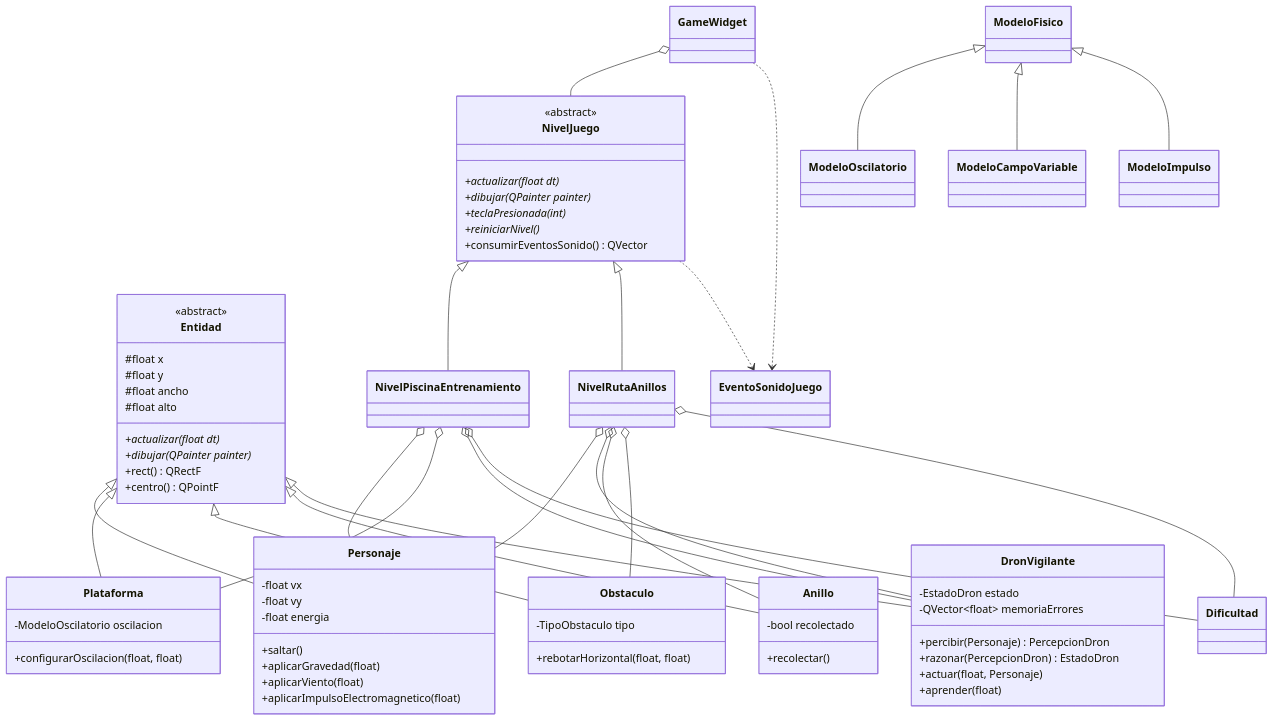
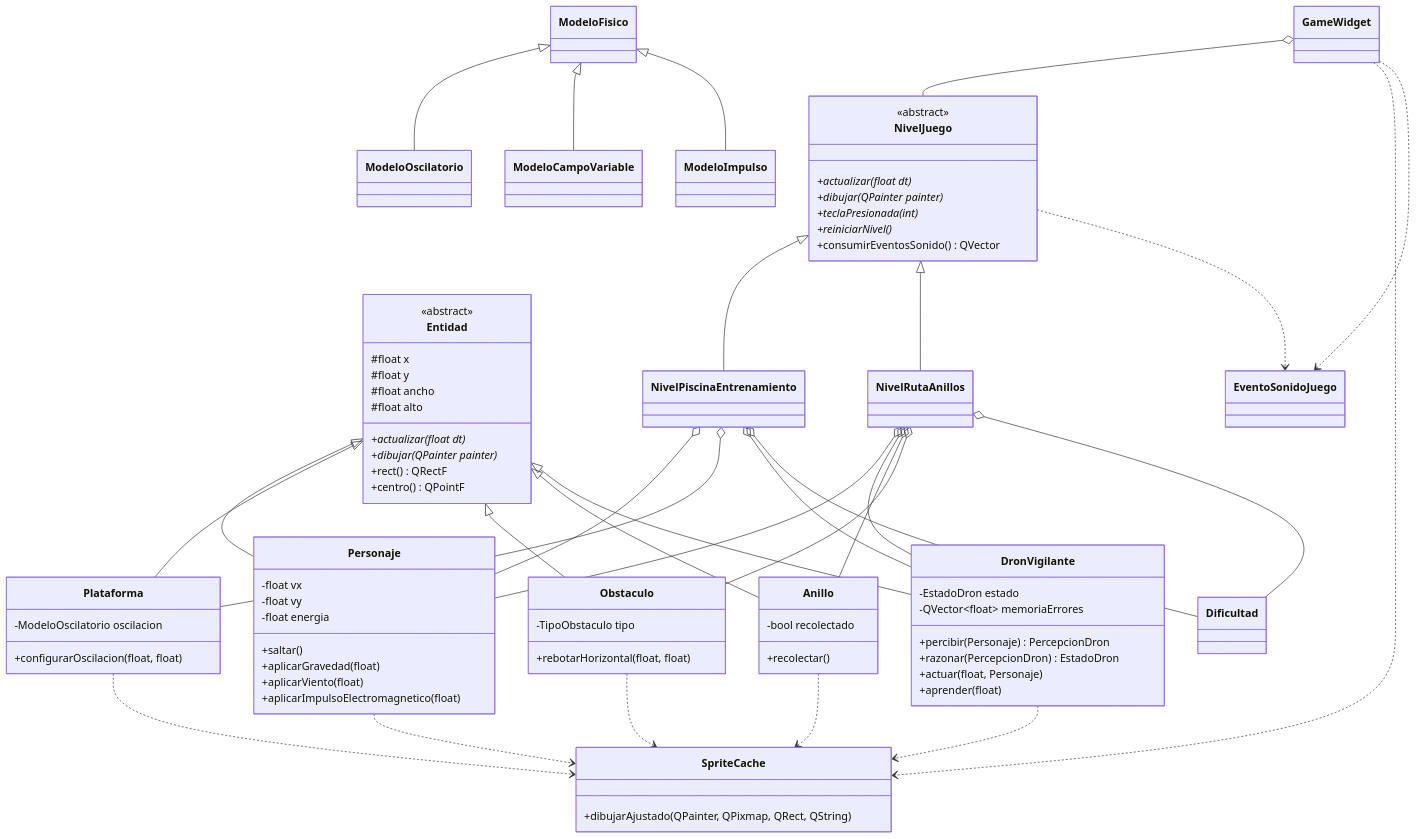
One commit to josemanuelposada-collab/Clavados-en-Ciudad-academia changed the diagram in archivos/DIAGRAMA_CLASES_RESUMEN.md. Above: the diagram before and after it, drawn with Mermaid. The commit also changed other lines of this file and 4 other files, not shown here.

````diff
--- a/archivos/DIAGRAMA_CLASES_RESUMEN.md
+++ b/archivos/DIAGRAMA_CLASES_RESUMEN.md
@@ -60,6 +60,9 @@
     class NivelPiscinaEntrenamiento
     class NivelRutaAnillos
     class GameWidget
+    class SpriteCache {
+        +dibujarAjustado(QPainter, QPixmap, QRect, QString)
+    }
     class EventoSonidoJuego
     class Dificultad
     class ModeloFisico
@@ -79,6 +82,7 @@
     ModeloFisico <|-- ModeloImpulso
 
     GameWidget o-- NivelJuego
+    GameWidget ..> SpriteCache
     GameWidget ..> EventoSonidoJuego
     NivelJuego ..> EventoSonidoJuego
     NivelPiscinaEntrenamiento o-- Personaje
@@ -90,4 +94,9 @@
     NivelRutaAnillos o-- Anillo
     NivelRutaAnillos o-- Obstaculo
     NivelRutaAnillos o-- Dificultad
+    Personaje ..> SpriteCache
+    Plataforma ..> SpriteCache
+    Anillo ..> SpriteCache
+    Obstaculo ..> SpriteCache
+    DronVigilante ..> SpriteCache
 ```
````
